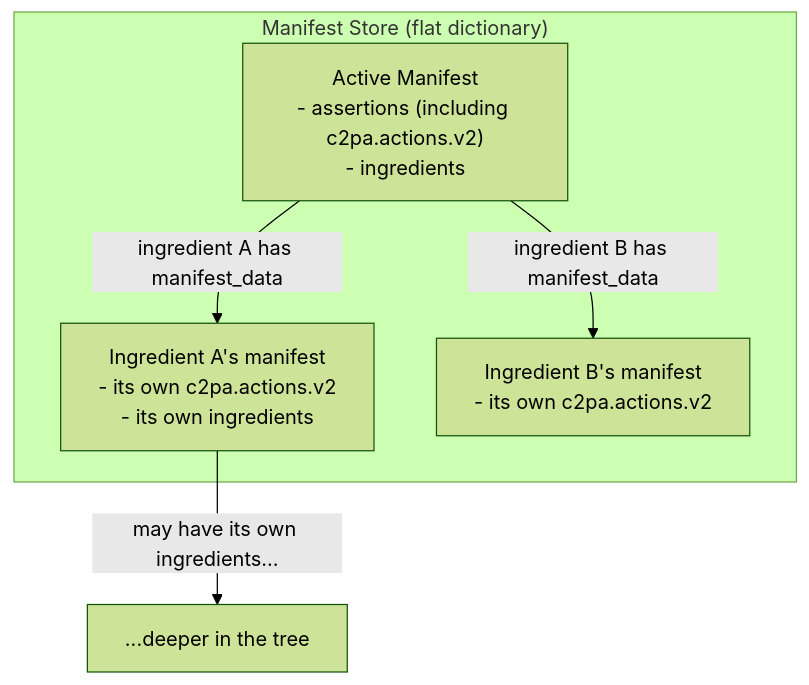
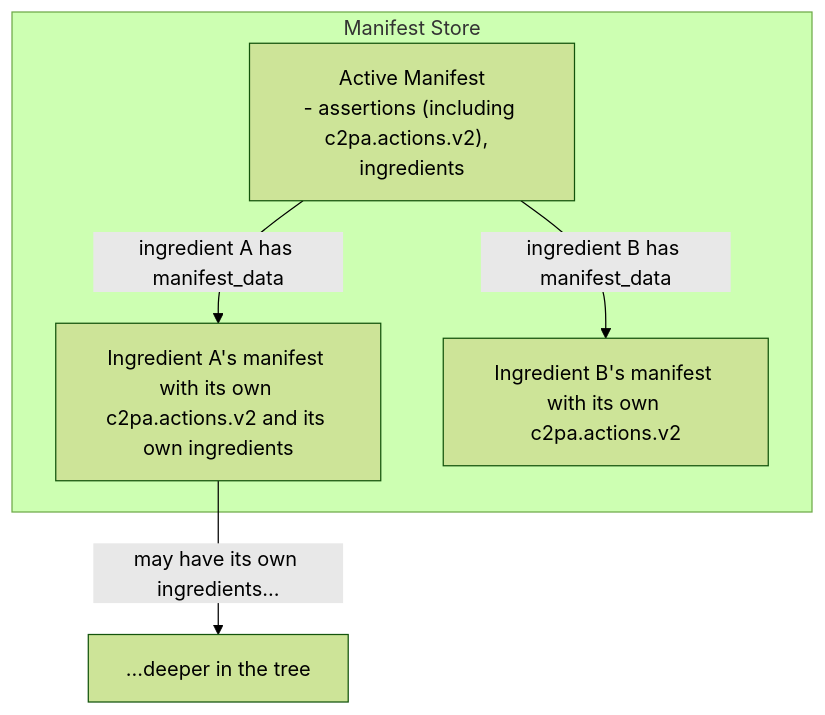
One commit to contentauth/c2pa-c changed the fifth of 9 diagrams in docs/selective-manifests.md. Above: the diagram before and after it, drawn with Mermaid (forest theme).

````diff
--- a/docs/selective-manifests.md
+++ b/docs/selective-manifests.md
@@ -780,11 +780,11 @@
 ```mermaid
 flowchart TD
-    subgraph Store["Manifest Store (flat dictionary)"]
-        M1["Active Manifest\n- assertions (including c2pa.actions.v2)\n- ingredients"]
-        M2["Ingredient A's manifest\n- its own c2pa.actions.v2\n- its own ingredients"]
-        M3["Ingredient B's manifest\n- its own c2pa.actions.v2"]
+    subgraph Store["Manifest Store"]
+        M1["Active Manifest\n- assertions (including c2pa.actions.v2),  ingredients"]
+        M2["Ingredient A's manifest with its own c2pa.actions.v2 and its own ingredients"]
+        M3["Ingredient B's manifest with its own c2pa.actions.v2"]
     end
     M1 -->|"ingredient A has manifest_data"| M2
     M1 -->|"ingredient B has manifest_data"| M3
     M2 -->|"may have its own ingredients..."| M4["...deeper in the tree"]
 ```
````
